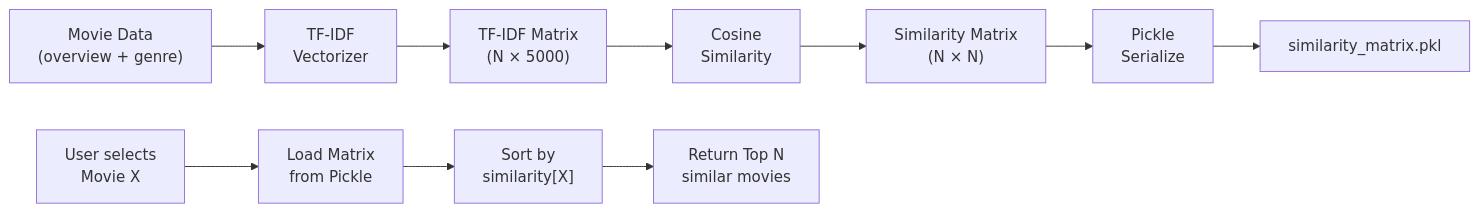
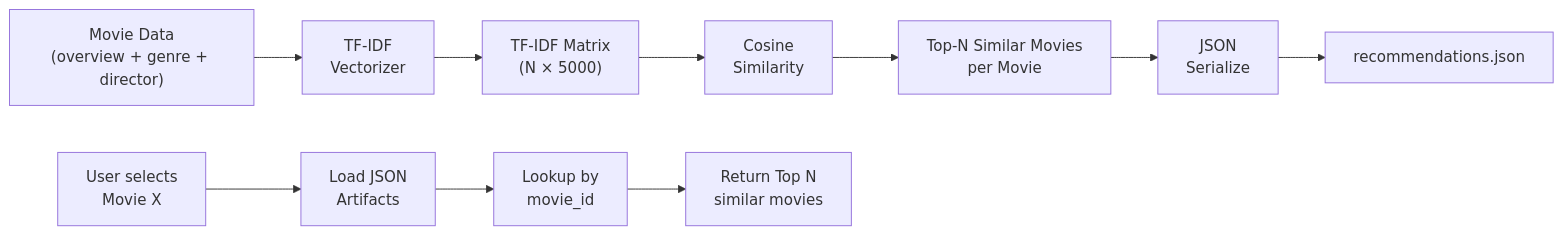
The second of 10 diagrams in Readme.md (Storm1289/movie-recommendation-system-ojt), drawn with Mermaid before and after one commit. The commit also changed other lines of this file, not shown here.

````diff
--- a/Readme.md
+++ b/Readme.md
@@ -323,13 +323,13 @@
 ```mermaid
 flowchart LR
-    A["Movie Data<br/>(overview + genre)"] --> B["TF-IDF<br/>Vectorizer"]
+    A["Movie Data<br/>(overview + genre + director)"] --> B["TF-IDF<br/>Vectorizer"]
     B --> C["TF-IDF Matrix<br/>(N × 5000)"]
     C --> D["Cosine<br/>Similarity"]
-    D --> E["Similarity Matrix<br/>(N × N)"]
-    E --> F["Pickle<br/>Serialize"]
-    F --> G["similarity_matrix.pkl"]
+    D --> E["Top-N Similar Movies<br/>per Movie"]
+    E --> F["JSON<br/>Serialize"]
+    F --> G["recommendations.json"]
 
-    H["User selects<br/>Movie X"] --> I["Load Matrix<br/>from Pickle"]
-    I --> J["Sort by<br/>similarity[X]"]
+    H["User selects<br/>Movie X"] --> I["Load JSON<br/>Artifacts"]
+    I --> J["Lookup by<br/>movie_id"]
     J --> K["Return Top N<br/>similar movies"]
 ```
````
